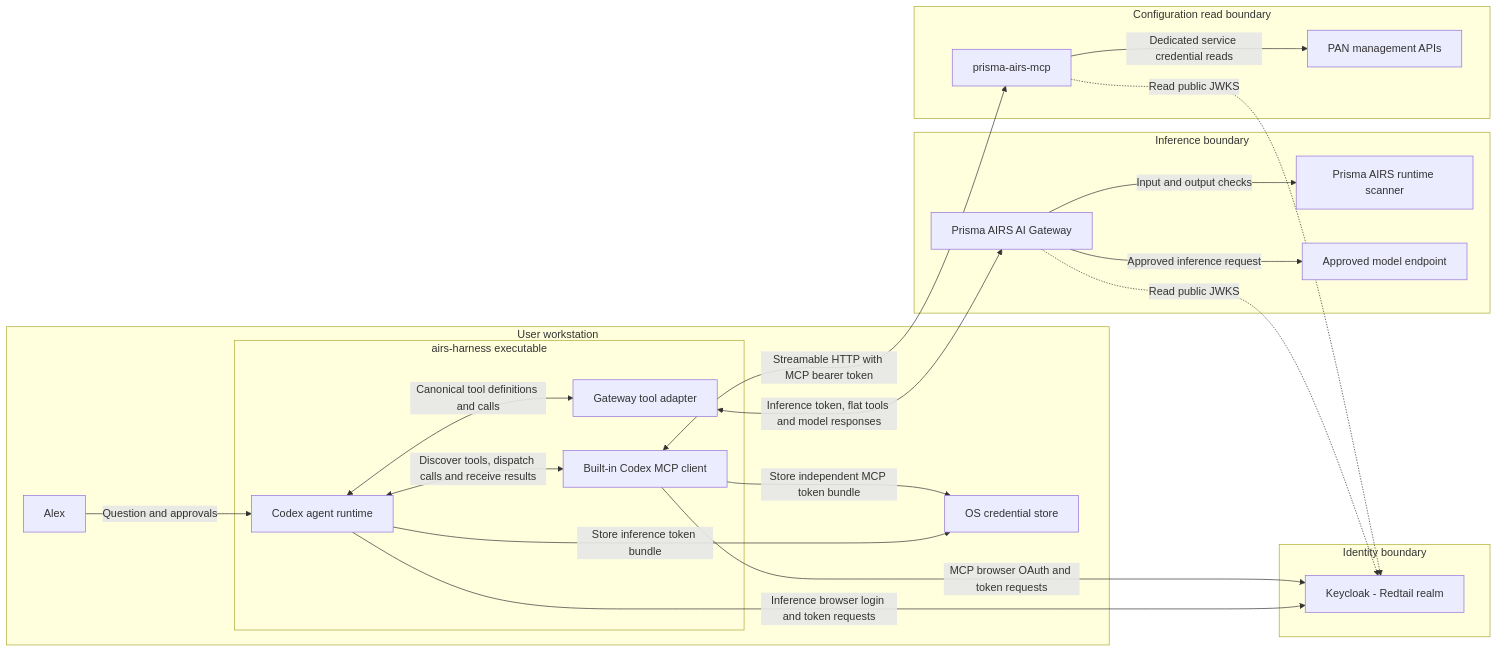
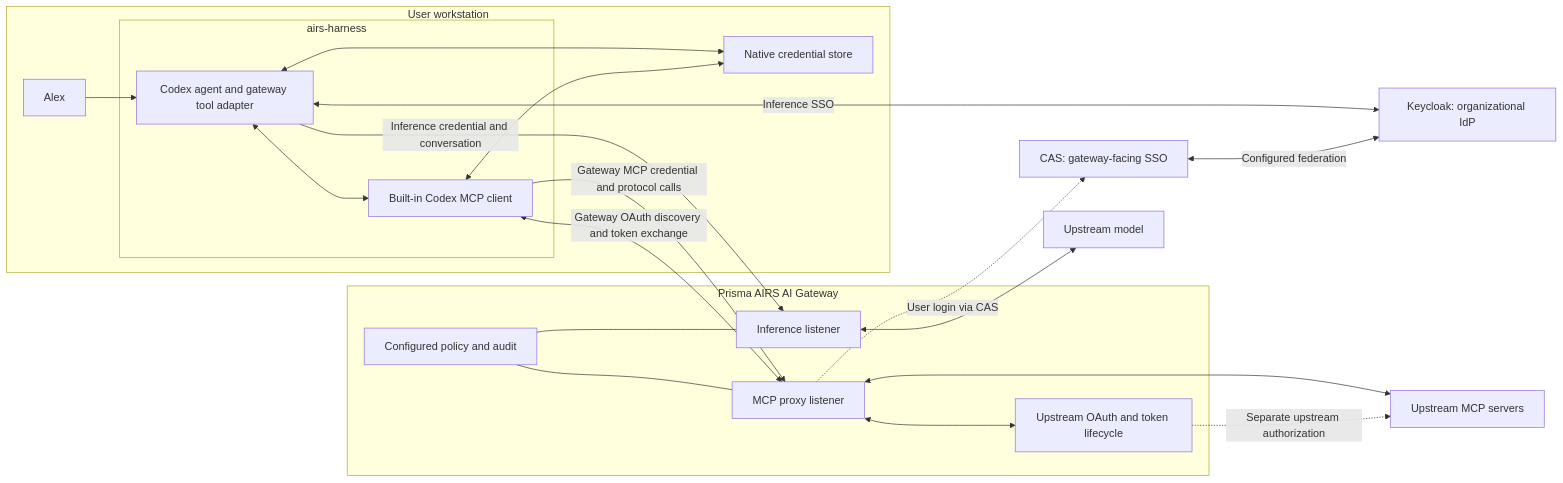
One commit to cdot65/prisma-airs-reference-architecture changed the first of 2 diagrams in docs/architecture.md. Above: the diagram before and after it, drawn with Mermaid. The commit also changed other lines of this file and 17 other files, not shown here.

Commit message:
Withdraw direct MCP architecture and restore required gateway mediation

````diff
--- a/docs/architecture.md
+++ b/docs/architecture.md
@@ -24,40 +13,39 @@
 ```mermaid
 flowchart LR
-    accTitle: Implemented native architecture
-    accDescr: One airs-harness executable contains the agent runtime, gateway adapter and native MCP client. Inference goes through AI Gateway; the built-in client calls the separate MCP service directly with its own OAuth token.
-    subgraph workstation ["User workstation"]
+    accTitle: Required gateway-mediated inference and MCP architecture
+    accDescr: The harness contains the agent and built-in MCP client. Both connect to AI Gateway. The gateway routes inference to models and MCP to upstream servers. CAS and Keycloak support gateway-facing login; upstream OAuth credentials remain with the gateway.
+    subgraph local ["User workstation"]
         user["Alex"]
-        subgraph executable ["airs-harness executable"]
-            harness["Codex agent runtime"]
-            adapter["Gateway tool adapter"]
+        subgraph executable ["airs-harness"]
+            agent["Codex agent and gateway tool adapter"]
             client["Built-in Codex MCP client"]
         end
-        store["OS credential store"]
+        store["Native credential store"]
     end
-    subgraph identity ["Identity boundary"]
-        keycloak["Keycloak - Redtail realm"]
+    subgraph gw ["Prisma AIRS AI Gateway"]
+        inference["Inference listener"]
+        mcp["MCP proxy listener"]
+        upstreamAuth["Upstream OAuth and token lifecycle"]
+        policy["Configured policy and audit"]
     end
-    subgraph inference ["Inference boundary"]
-        gateway["Prisma AIRS AI Gateway"]
-        scanner["Prisma AIRS runtime scanner"]
-        model["Approved model endpoint"]
-    end
-    subgraph management ["Configuration read boundary"]
-        mcp["prisma-airs-mcp"]
-        panApi["PAN management APIs"]
-    end
-    user -->|"Question and approvals"| harness
-    harness -->|"Store inference token bundle"| store
-    client -->|"Store independent MCP token bundle"| store
-    harness -->|"Inference browser login and token requests"| keycloak
-    client -->|"MCP browser OAuth and token requests"| keycloak
-    harness <-->|"Canonical tool definitions and calls"| adapter
-    adapter <-->|"Inference token, flat tools and model responses"| gateway
-    harness <-->|"Discover tools, dispatch calls and receive results"| client
-    client <-->|"Streamable HTTP with MCP bearer token"| mcp
-    gateway -.->|"Read public JWKS"| keycloak
-    mcp -.->|"Read public JWKS"| keycloak
-    gateway -->|"Input and output checks"| scanner
-    gateway -->|"Approved inference request"| model
-    mcp -->|"Dedicated service credential reads"| panApi
+    keycloak["Keycloak: organizational IdP"]
+    cas["CAS: gateway-facing SSO"]
+    model["Upstream model"]
+    upstream["Upstream MCP servers"]
+    user --> agent
+    agent <--> client
+    agent -->|"Inference credential and conversation"| inference
+    client -->|"Gateway MCP credential and protocol calls"| mcp
+    agent <-->|"Inference SSO"| keycloak
+    client <-->|"Gateway OAuth discovery and token exchange"| mcp
+    mcp -.->|"User login via CAS"| cas
+    cas <-->|"Configured federation"| keycloak
+    agent <--> store
+    client <--> store
+    inference <--> model
+    mcp <--> upstream
+    mcp <--> upstreamAuth
+    upstreamAuth -.->|"Separate upstream authorization"| upstream
+    policy --- inference
+    policy --- mcp
 ```
````
